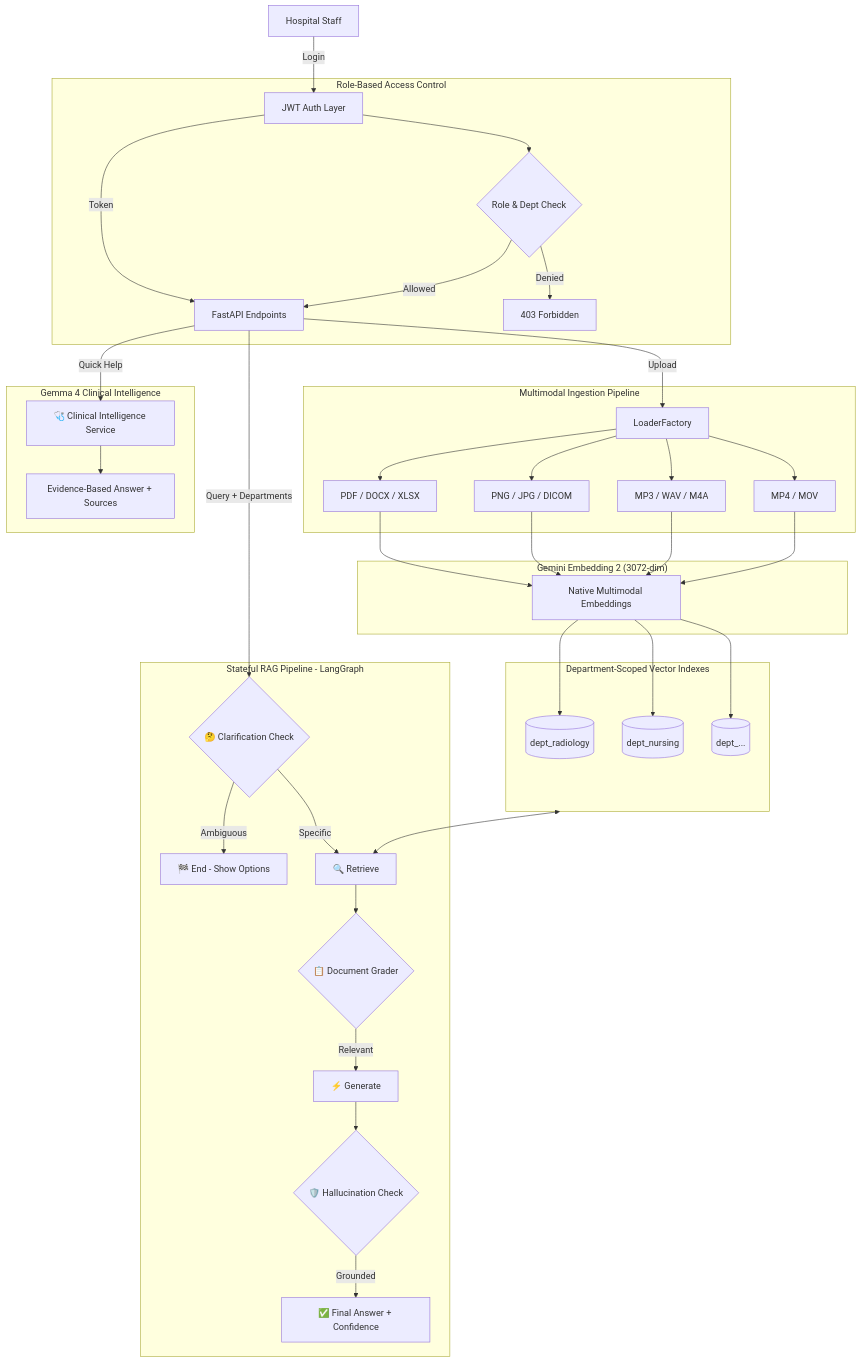
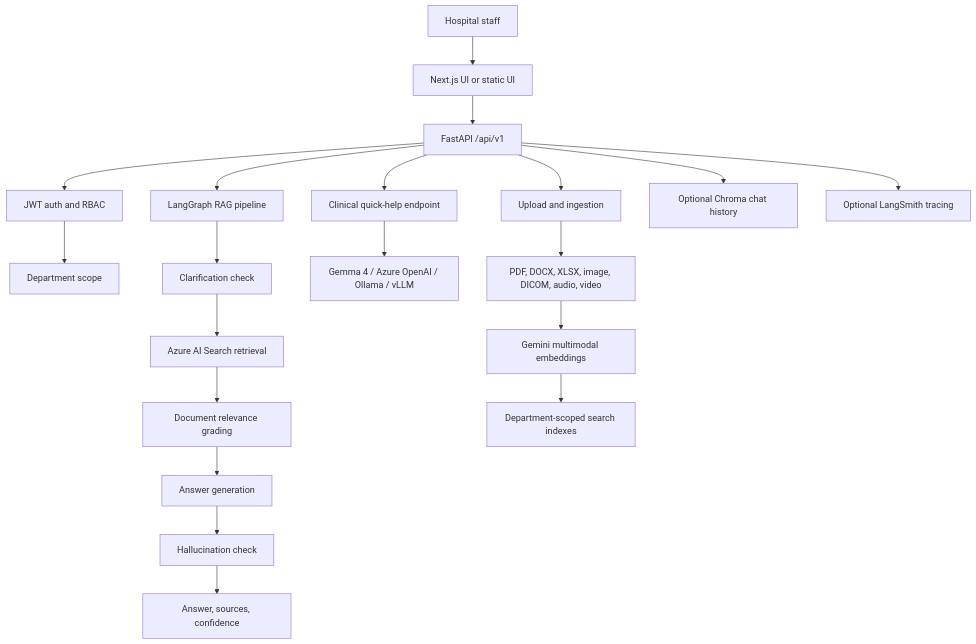
The diagram in README.md (Anudeepsrib/ClinIQ), drawn with Mermaid before and after one commit. The commit also changed other lines of this file, not shown here.

````diff
--- a/README.md
+++ b/README.md
@@ -236,49 +54,26 @@
 ```mermaid
 graph TD
-    User["Hospital Staff"] -->|Login| Auth["JWT Auth Layer"]
-    Auth -->|Token| API["FastAPI Endpoints"]
+    User["Hospital staff"] --> Frontend["Next.js UI or static UI"]
+    Frontend --> API["FastAPI /api/v1"]
+    API --> Auth["JWT auth and RBAC"]
+    Auth --> Dept["Department scope"]
 
-    subgraph RBAC ["Role-Based Access Control"]
-        Auth --> RoleCheck{"Role & Dept Check"}
-        RoleCheck -->|Allowed| API
-        RoleCheck -->|Denied| Reject["403 Forbidden"]
-    end
+    API --> Graph["LangGraph RAG pipeline"]
+    Graph --> Clarify["Clarification check"]
+    Clarify --> Retrieve["Azure AI Search retrieval"]
+    Retrieve --> Grade["Document relevance grading"]
+    Grade --> Generate["Answer generation"]
+    Generate --> Verify["Hallucination check"]
+    Verify --> Response["Answer, sources, confidence"]
 
-    subgraph Ingestion ["Multimodal Ingestion Pipeline"]
-        API -->|Upload| Loader["LoaderFactory"]
-        Loader --> TextParser["PDF / DOCX / XLSX"]
-        Loader --> ImageParser["PNG / JPG / DICOM"]
-        Loader --> AudioParser["MP3 / WAV / M4A"]
-        Loader --> VideoParser["MP4 / MOV"]
-    end
+    API --> Intel["Clinical quick-help endpoint"]
+    Intel --> Provider["Gemma 4 / Azure OpenAI / Ollama / vLLM"]
 
-    subgraph EmbeddingLayer ["Gemini Embedding 2 (3072-dim)"]
-        TextParser --> GeminiEmb["Native Multimodal Embeddings"]
-        ImageParser --> GeminiEmb
-        AudioParser --> GeminiEmb
-        VideoParser --> GeminiEmb
-    end
+    API --> Ingest["Upload and ingestion"]
+    Ingest --> Parse["PDF, DOCX, XLSX, image, DICOM, audio, video"]
+    Parse --> Embed["Gemini multimodal embeddings"]
+    Embed --> SearchIndex["Department-scoped search indexes"]
 
-    subgraph VectorDBs ["Department-Scoped Vector Indexes"]
-        GeminiEmb --> DB1[("dept_radiology")]
-        GeminiEmb --> DB2[("dept_nursing")]
-        GeminiEmb --> DB3[("dept_... ")]
-    end
-
-    subgraph RetrievalGraph ["Stateful RAG Pipeline - LangGraph"]
-        API -->|"Query + Departments"| ClarCheck{"🤔 Clarification Check"}
-        ClarCheck -->|Ambiguous| ClarEnd["🏁 End - Show Options"]
-        ClarCheck -->|Specific| Retriever["🔍 Retrieve"]
-        Retriever --> Grader{"📋 Document Grader"}
-        Grader -->|Relevant| Generator["⚡ Generate"]
-        Generator --> HalCheck{"🛡️ Hallucination Check"}
-        HalCheck -->|Grounded| Response["✅ Final Answer + Confidence"]
-    end
-
-    subgraph ClinicalIntel ["Gemma 4 Clinical Intelligence"]
-        API -->|"Quick Help"| CopilotSvc["🩺 Clinical Intelligence Service"]
-        CopilotSvc --> CopilotResp["Evidence-Based Answer + Sources"]
-    end
-
-    VectorDBs <--> Retriever
+    API --> History["Optional Chroma chat history"]
+    API --> Trace["Optional LangSmith tracing"]
 ```
````
